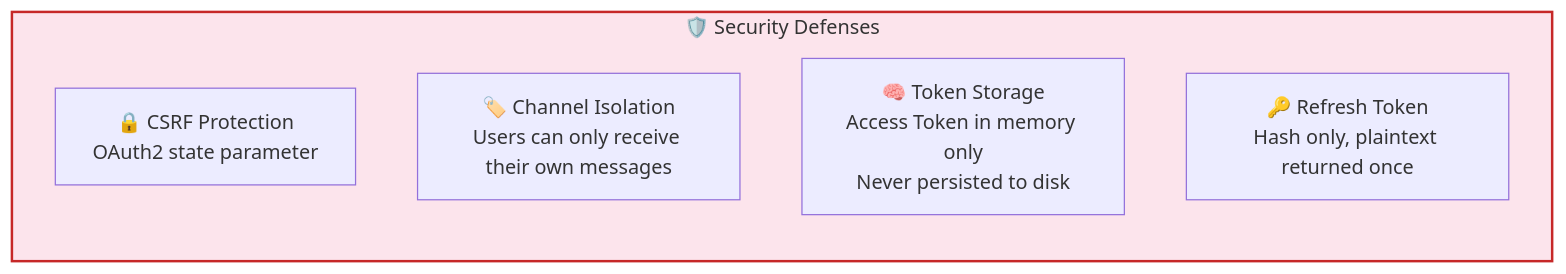
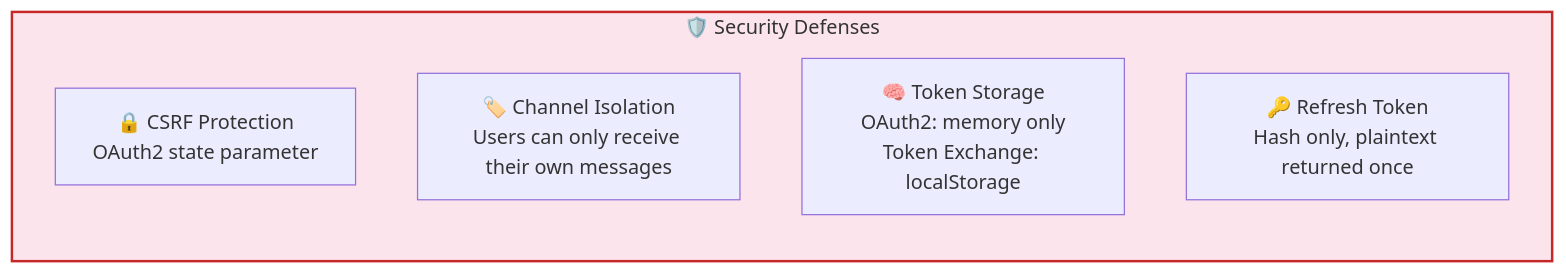
Before and after one commit to rtc-agent/docs: the eighth of 9 diagrams in src/content/docs/en/integration/auth.md, drawn with Mermaid. The commit also changed other lines of this file and 20 other files, not shown here.

First line of the commit message:
docs: sync with server/web-components changes (admin-server, token exchange, file upload, metrics)

````diff
--- a/src/content/docs/en/integration/auth.md
+++ b/src/content/docs/en/integration/auth.md
@@ -214,12 +214,12 @@
 ```mermaid
 flowchart TD
     subgraph SECURITY["🛡️ Security Defenses"]
         direction TB
         A["🔒 CSRF Protection<br/>OAuth2 state parameter"]
         B["🏷️ Channel Isolation<br/>Users can only receive their own messages"]
-        C["🧠 Token Storage<br/>Access Token in memory only<br/>Never persisted to disk"]
+        C["🧠 Token Storage<br/>OAuth2: memory only<br/>Token Exchange: localStorage"]
         D["🔑 Refresh Token<br/>Hash only, plaintext returned once"]
     end
 
     style SECURITY fill:#fce4ec,stroke:#c62828,stroke-width:2px
 ```
````
